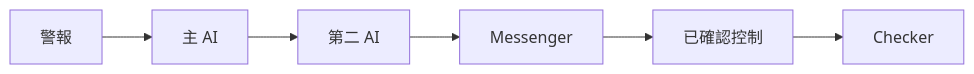
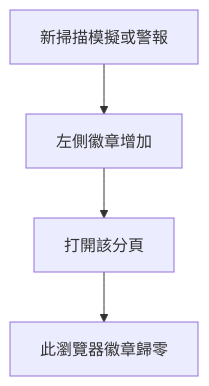
One commit to hxyan2020/PRD changed the third of 11 diagrams in platform/docs/USER_GUIDE.zh-Hant.md. Above: the diagram before and after it, drawn with Mermaid. The commit also changed other lines of this file and 12 other files, not shown here.

First line of the commit message:
Add flowcharts and sequence diagrams to admin docs

````diff
--- a/platform/docs/USER_GUIDE.zh-Hant.md
+++ b/platform/docs/USER_GUIDE.zh-Hant.md
@@ -160,8 +113,6 @@
 ```mermaid
-graph LR
-  Alarm[警報] --> RCA[主 AI]
-  RCA --> Second[第二 AI]
-  Second --> Chat[Messenger]
-  Chat --> Control[已確認控制]
-  Control --> Checker[Checker]
+graph TD
+  New[新掃描模擬或警報] --> Bump[左側徽章增加]
+  Bump --> Open[打開該分頁]
+  Open --> Zero[此瀏覽器徽章歸零]
 ```
````
